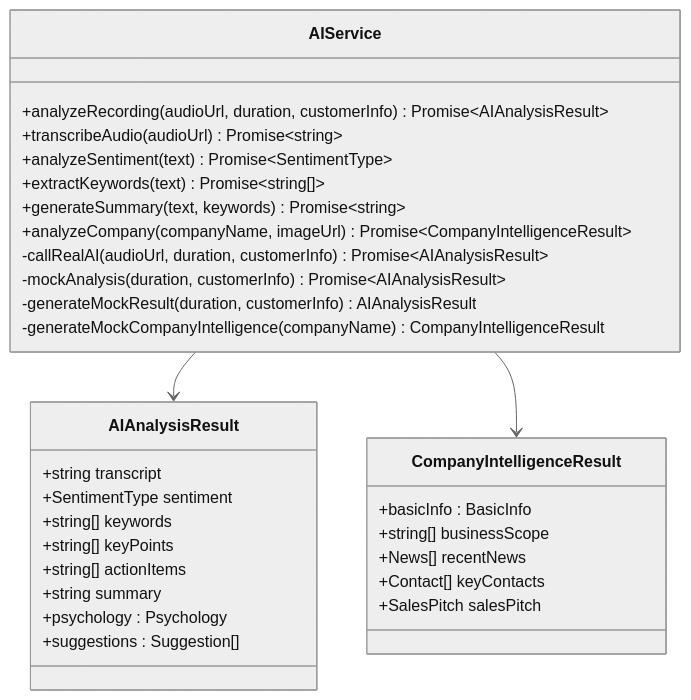
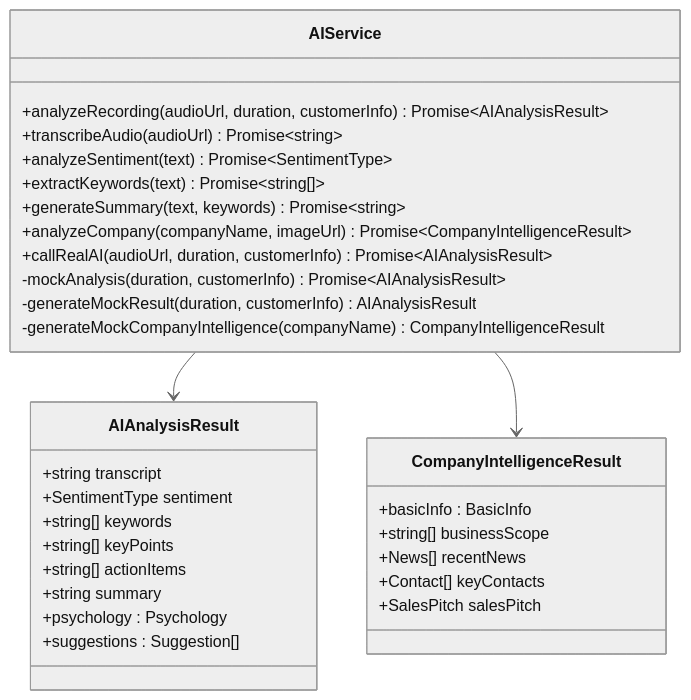
Before and after one commit to xianjianshenqu/SalesFlow-CRM: the second of 8 diagrams in .qoder/repowiki/zh/content/Ai Audio Analysis.md, drawn with Mermaid (neutral theme). The commit also changed other lines of this file and 19 other files, not shown here.

````diff
--- a/.qoder/repowiki/zh/content/Ai Audio Analysis.md
+++ b/.qoder/repowiki/zh/content/Ai Audio Analysis.md
@@ -102,34 +125,34 @@
 ```mermaid
 classDiagram
 class AIService {
 +analyzeRecording(audioUrl, duration, customerInfo) Promise~AIAnalysisResult~
 +transcribeAudio(audioUrl) Promise~string~
 +analyzeSentiment(text) Promise~SentimentType~
 +extractKeywords(text) Promise~string[]~
 +generateSummary(text, keywords) Promise~string~
 +analyzeCompany(companyName, imageUrl) Promise~CompanyIntelligenceResult~
--callRealAI(audioUrl, duration, customerInfo) Promise~AIAnalysisResult~
++callRealAI(audioUrl, duration, customerInfo) Promise~AIAnalysisResult~
 -mockAnalysis(duration, customerInfo) Promise~AIAnalysisResult~
 -generateMockResult(duration, customerInfo) AIAnalysisResult
 -generateMockCompanyIntelligence(companyName) CompanyIntelligenceResult
 }
 class AIAnalysisResult {
 +string transcript
 +SentimentType sentiment
 +string[] keywords
 +string[] keyPoints
 +string[] actionItems
 +string summary
 +psychology : Psychology
 +suggestions : Suggestion[]
 }
 class CompanyIntelligenceResult {
 +basicInfo : BasicInfo
 +string[] businessScope
 +News[] recentNews
 +Contact[] keyContacts
 +SalesPitch salesPitch
 }
 AIService --> AIAnalysisResult
 AIService --> CompanyIntelligenceResult
 ```
````
